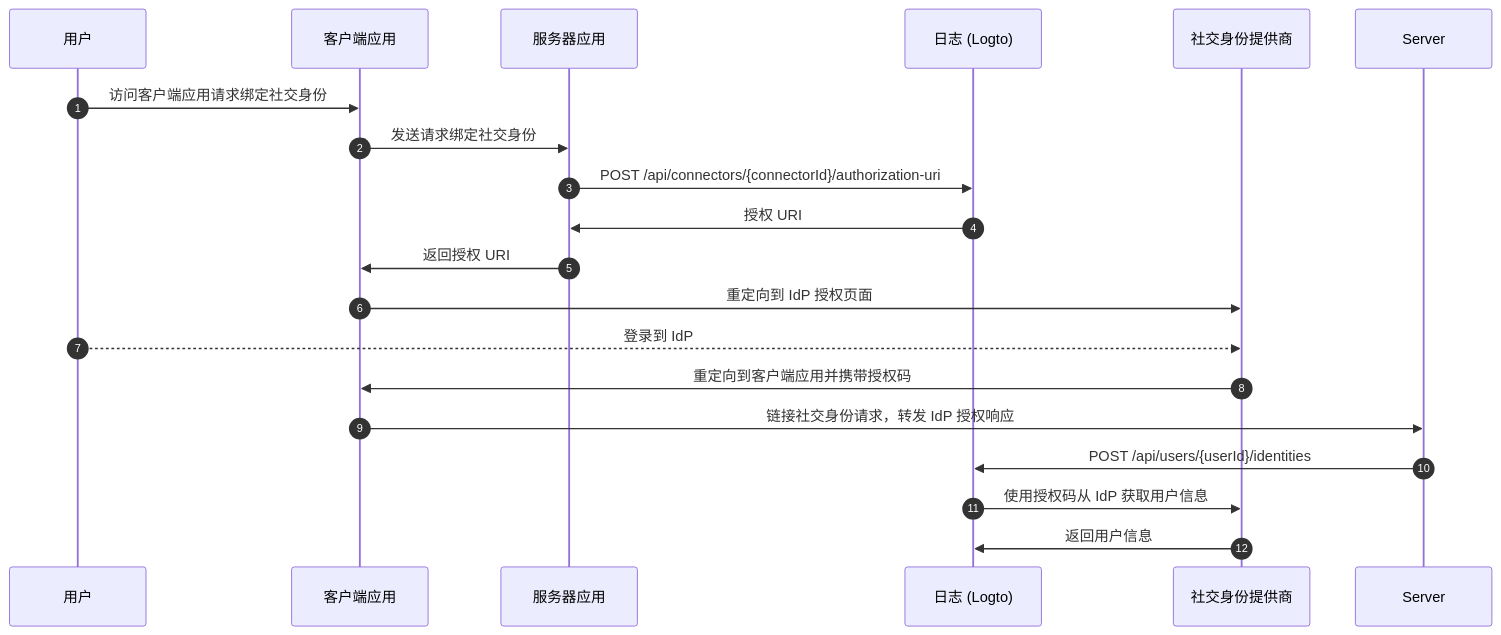
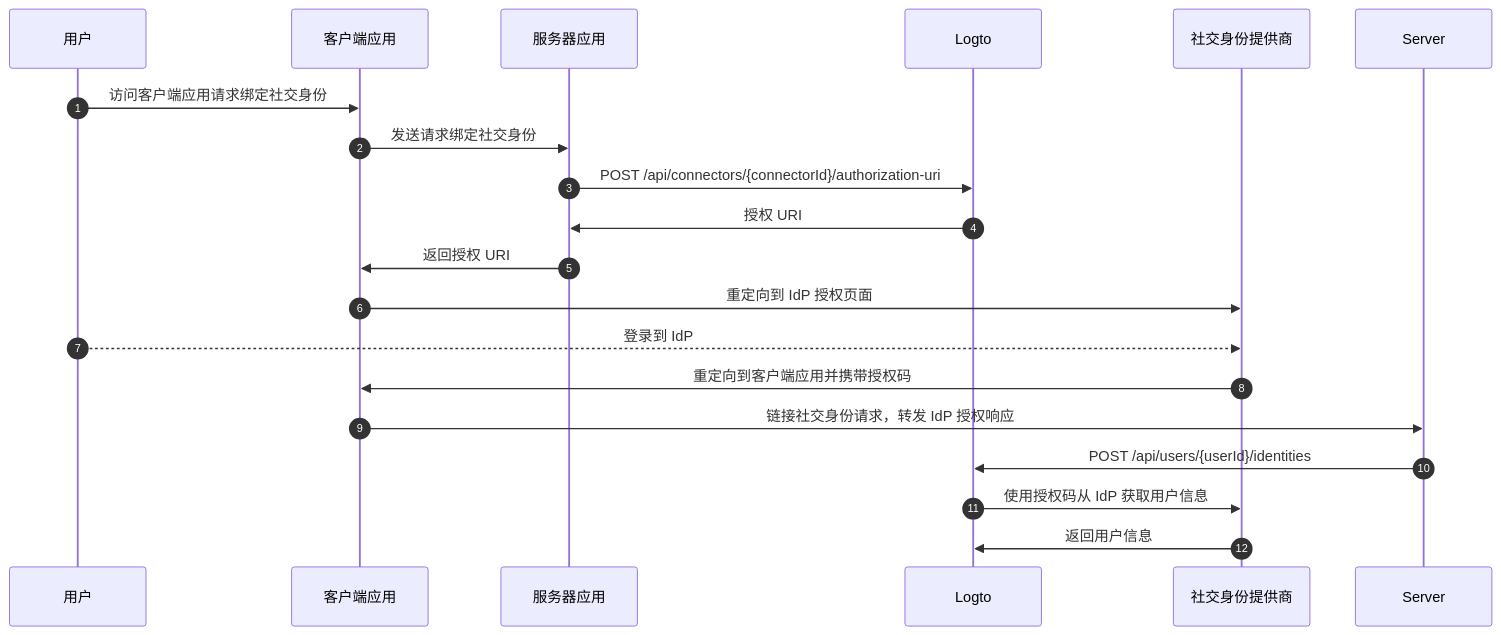
The third of 3 diagrams in i18n/zh-CN/docusaurus-plugin-content-docs/current/end-user-flows/account-settings/by-management-api.mdx (logto-io/docs), drawn with Mermaid before and after one commit. The commit also changed other lines of this file and 174 other files, not shown here.

````diff
--- a/i18n/zh-CN/docusaurus-plugin-content-docs/current/end-user-flows/account-settings/by-management-api.mdx
+++ b/i18n/zh-CN/docusaurus-plugin-content-docs/current/end-user-flows/account-settings/by-management-api.mdx
@@ -120,22 +120,22 @@
 ```mermaid
 sequenceDiagram
     autoNumber
     participant User as 用户
     participant Client as 客户端应用
     participant App as 服务器应用
-    participant Logto as 日志 (Logto)
+    participant Logto as Logto
     participant IdP as 社交身份提供商
 
     User ->> Client: 访问客户端应用请求绑定社交身份
     Client ->> App: 发送请求绑定社交身份
     App ->> Logto: POST /api/connectors/{connectorId}/authorization-uri
     Logto ->> App: 授权 URI
     App ->> Client: 返回授权 URI
     Client ->> IdP: 重定向到 IdP 授权页面
     User -->> IdP: 登录到 IdP
     IdP ->> Client: 重定向到客户端应用并携带授权码
     Client ->> Server: 链接社交身份请求，转发 IdP 授权响应
     Server ->> Logto: POST /api/users/{userId}/identities
     Logto ->> IdP: 使用授权码从 IdP 获取用户信息
     IdP ->> Logto: 返回用户信息
 ```
````
